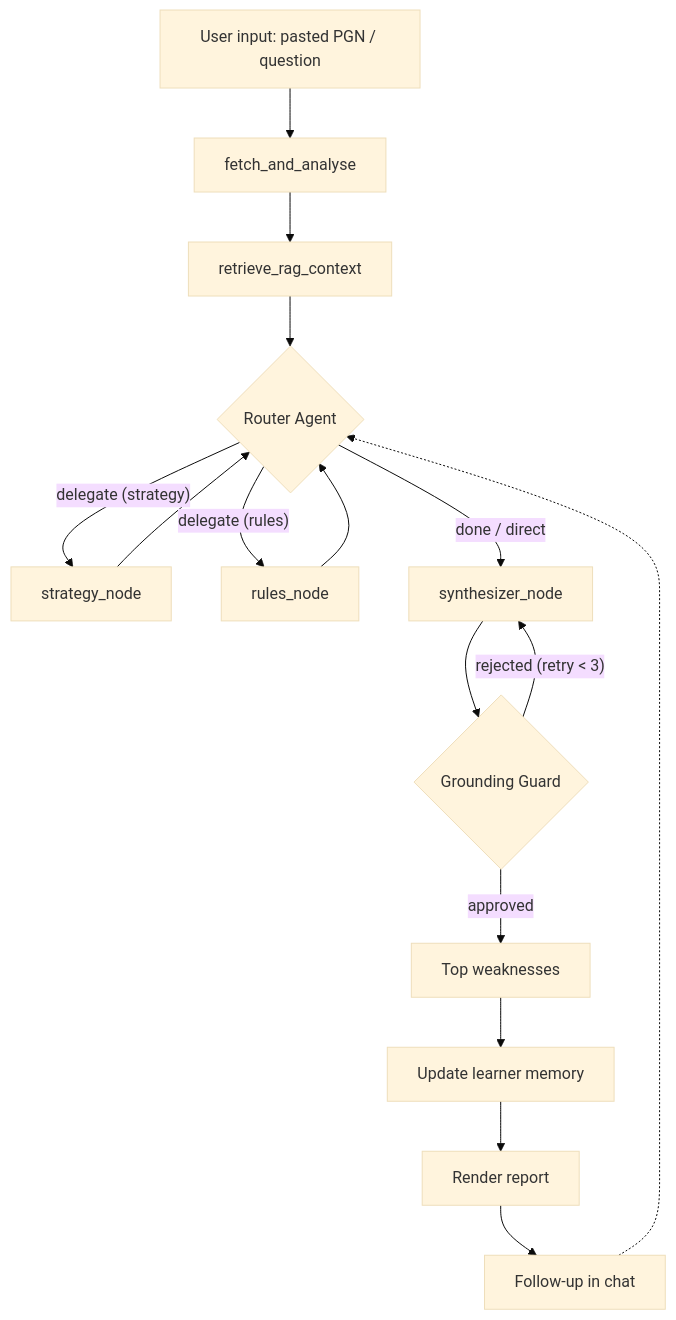
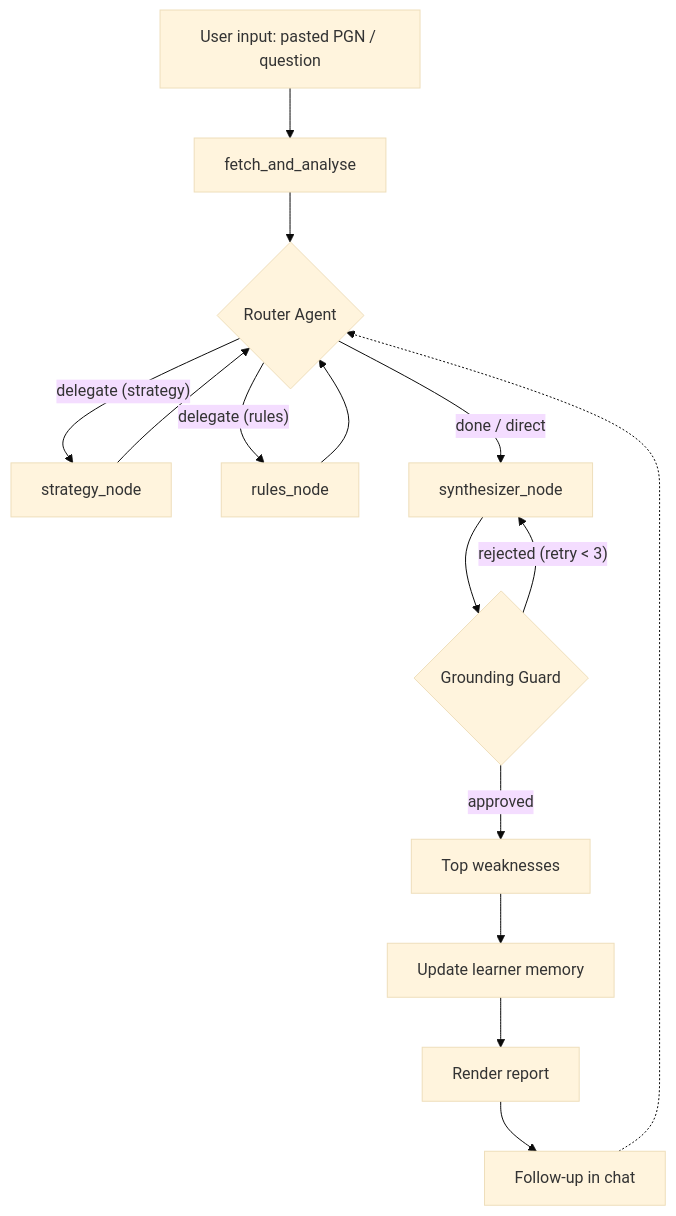
One commit to rakeshnetdev/AIEC01_CERT_CHLG_GRANDMATE changed the second of 8 diagrams in docs/ARCHITECTURE.md. Above: the diagram before and after it, drawn with Mermaid (base theme). The commit also changed other lines of this file and 5 other files, not shown here.

First line of the commit message:
refactor(phase10-step2): delete the dead retrieve_rag_context node

````diff
--- a/docs/ARCHITECTURE.md
+++ b/docs/ARCHITECTURE.md
@@ -76,22 +76,21 @@
 ```mermaid
 flowchart TD
     U["User input: pasted PGN / question"] --> FETCH[fetch_and_analyse]
-    FETCH --> RAG_C[retrieve_rag_context]
-    RAG_C --> ROUTE{Router Agent}
+    FETCH --> ROUTE{Router Agent}
 
     ROUTE -- "delegate (strategy)" --> STRAT[strategy_node]
     ROUTE -- "delegate (rules)" --> RULES[rules_node]
     ROUTE -- "done / direct" --> SYNTH[synthesizer_node]
 
     STRAT --> ROUTE
     RULES --> ROUTE
 
     SYNTH --> GUARD{Grounding Guard}
     GUARD -- approved --> WEAK[Top weaknesses]
     GUARD -- rejected (retry < 3) --> SYNTH
 
     WEAK --> WRITE[Update learner memory]
     WRITE --> REPORT[Render report]
     REPORT --> FOLLOW[Follow-up in chat]
     FOLLOW -.-> ROUTE
 ```
````
